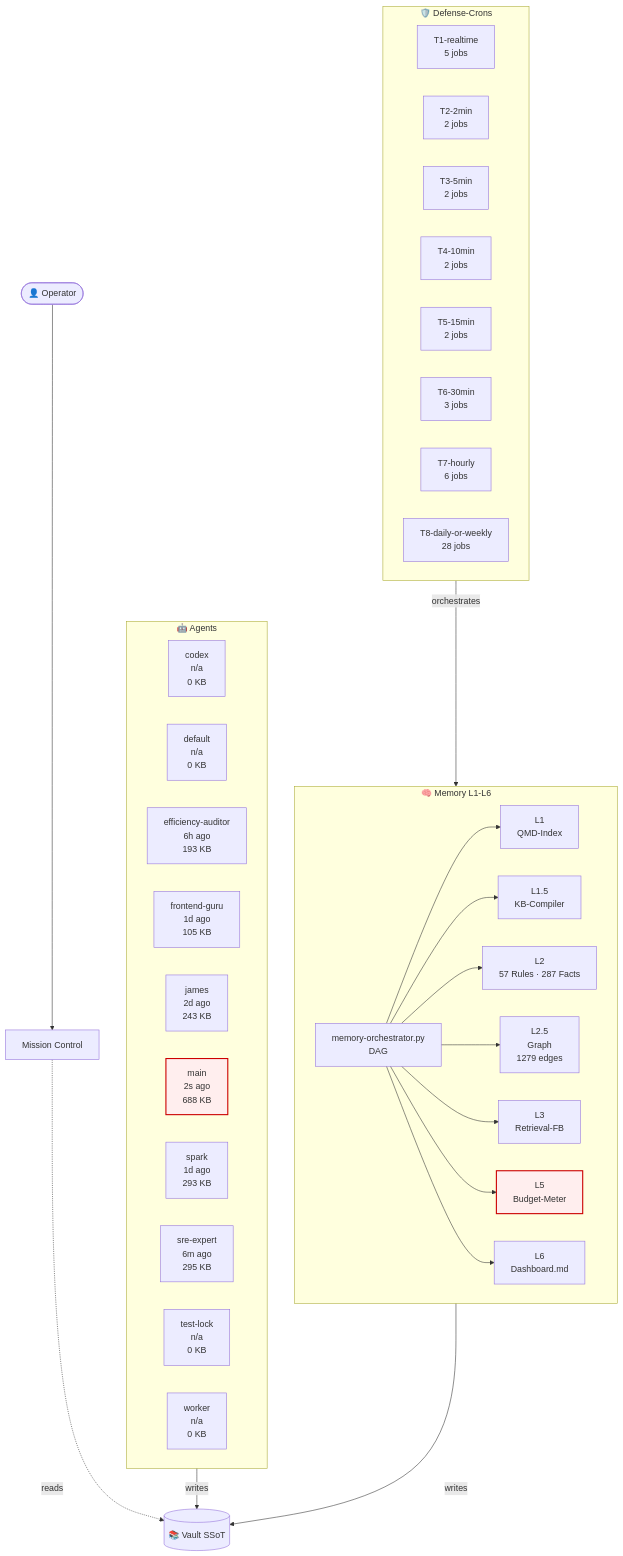
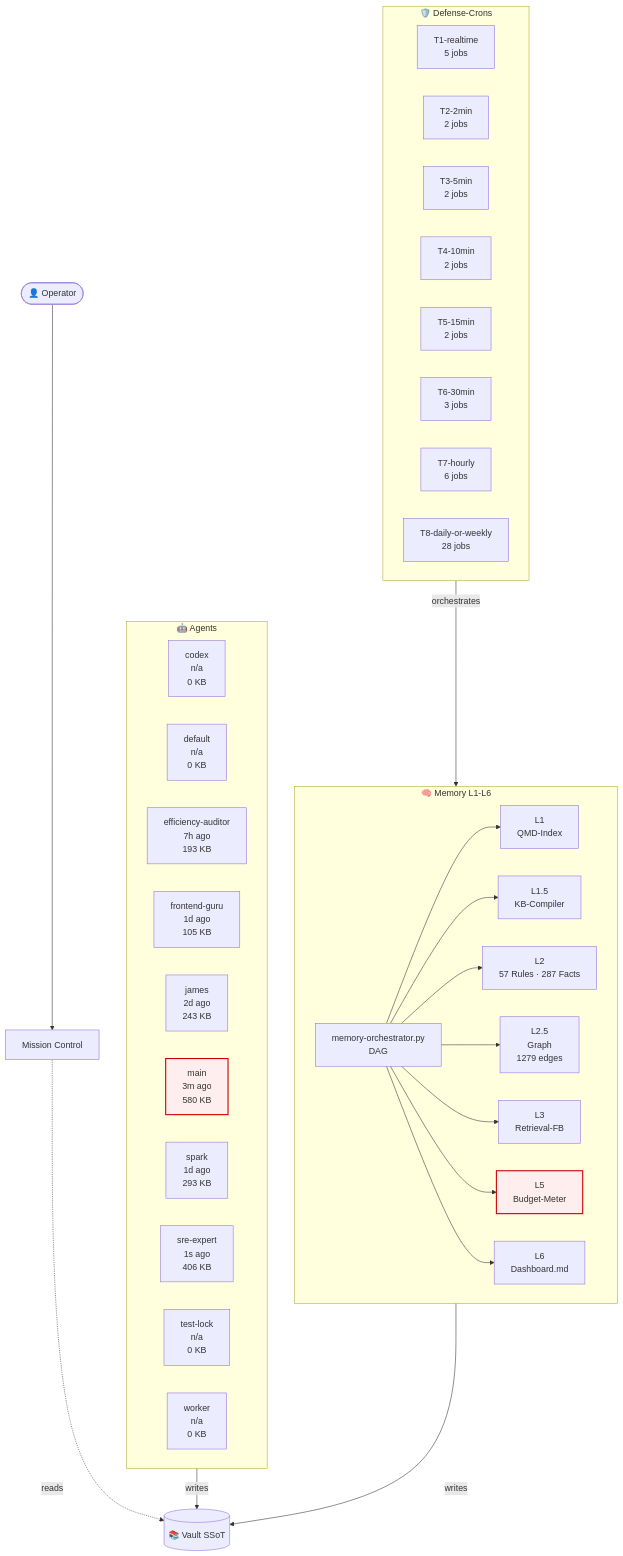
Before and after one commit to lenardhuebner88-rgb/openclaw-memory: the diagram in 03-Agents/architecture-live.md, drawn with Mermaid. The commit also changed other lines of this file and 17 other files, not shown here.

````diff
--- a/03-Agents/architecture-live.md
+++ b/03-Agents/architecture-live.md
@@ -18,53 +18,53 @@
 ```mermaid
 flowchart TB
     classDef critical fill:#fee,stroke:#c00,stroke-width:2px;
     subgraph AGT["🤖 Agents"]
         agent_codex["codex<br/>n/a<br/>0 KB"]
         agent_default["default<br/>n/a<br/>0 KB"]
-        agent_efficiency_auditor["efficiency-auditor<br/>6h ago<br/>193 KB"]
+        agent_efficiency_auditor["efficiency-auditor<br/>7h ago<br/>193 KB"]
         agent_frontend_guru["frontend-guru<br/>1d ago<br/>105 KB"]
         agent_james["james<br/>2d ago<br/>243 KB"]
-        agent_main["main<br/>2s ago<br/>688 KB"]
+        agent_main["main<br/>3m ago<br/>580 KB"]
         agent_spark["spark<br/>1d ago<br/>293 KB"]
-        agent_sre_expert["sre-expert<br/>6m ago<br/>295 KB"]
+        agent_sre_expert["sre-expert<br/>1s ago<br/>406 KB"]
         agent_test_lock["test-lock<br/>n/a<br/>0 KB"]
         agent_worker["worker<br/>n/a<br/>0 KB"]
     end
     subgraph MEM["🧠 Memory L1-L6"]
         L1["L1<br/>QMD-Index"]
         L15["L1.5<br/>KB-Compiler"]
         L2["L2<br/>57 Rules · 287 Facts"]
         L25["L2.5<br/>Graph<br/>1279 edges"]
         L3["L3<br/>Retrieval-FB"]
         L5["L5<br/>Budget-Meter"]
         L6["L6<br/>Dashboard.md"]
         ORCH["memory-orchestrator.py<br/>DAG"]
     end
     subgraph CRN["🛡️ Defense-Crons"]
         tier_T1_realtime["T1-realtime<br/>5 jobs"]
         tier_T2_2min["T2-2min<br/>2 jobs"]
         tier_T3_5min["T3-5min<br/>2 jobs"]
         tier_T4_10min["T4-10min<br/>2 jobs"]
         tier_T5_15min["T5-15min<br/>2 jobs"]
         tier_T6_30min["T6-30min<br/>3 jobs"]
         tier_T7_hourly["T7-hourly<br/>6 jobs"]
         tier_T8_daily_or_weekly["T8-daily-or-weekly<br/>28 jobs"]
     end
     VAULT[("📚 Vault SSoT")]
     OP([👤 Operator])
     MC["Mission Control"]
     OP --> MC
     MC -.reads.-> VAULT
     AGT -->|writes| VAULT
     MEM -->|writes| VAULT
     ORCH --> L1
     ORCH --> L15
     ORCH --> L2
     ORCH --> L25
     ORCH --> L3
     ORCH --> L5
     ORCH --> L6
     CRN -->|orchestrates| MEM
     class L5 critical
     class agent_main critical
 ```
````
